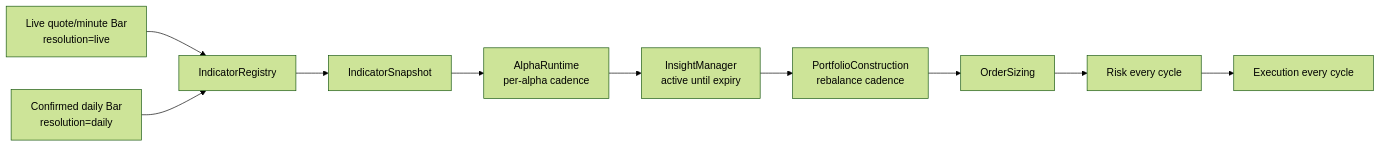
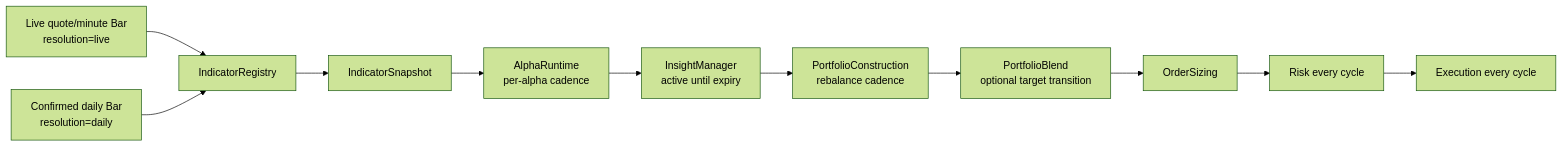
One commit to Longseabear/LEapsQuantEngine changed the diagram in docs/runtime-cadence-resolution.md. Above: the diagram before and after it, drawn with Mermaid (forest theme). The commit also changed other lines of this file and 65 other files, not shown here.

````diff
--- a/docs/runtime-cadence-resolution.md
+++ b/docs/runtime-cadence-resolution.md
@@ -34,12 +34,13 @@
 ```mermaid
 flowchart LR
     LiveQuote["Live quote/minute Bar<br/>resolution=live"] --> Registry["IndicatorRegistry"]
     DailyBar["Confirmed daily Bar<br/>resolution=daily"] --> Registry
     Registry --> Snapshot["IndicatorSnapshot"]
     Snapshot --> Alpha["AlphaRuntime<br/>per-alpha cadence"]
     Alpha --> InsightManager["InsightManager<br/>active until expiry"]
     InsightManager --> Portfolio["PortfolioConstruction<br/>rebalance cadence"]
-    Portfolio --> Sizing["OrderSizing"]
+    Portfolio --> Blend["PortfolioBlend<br/>optional target transition"]
+    Blend --> Sizing["OrderSizing"]
     Sizing --> Risk["Risk every cycle"]
     Risk --> Execution["Execution every cycle"]
 ```
````
